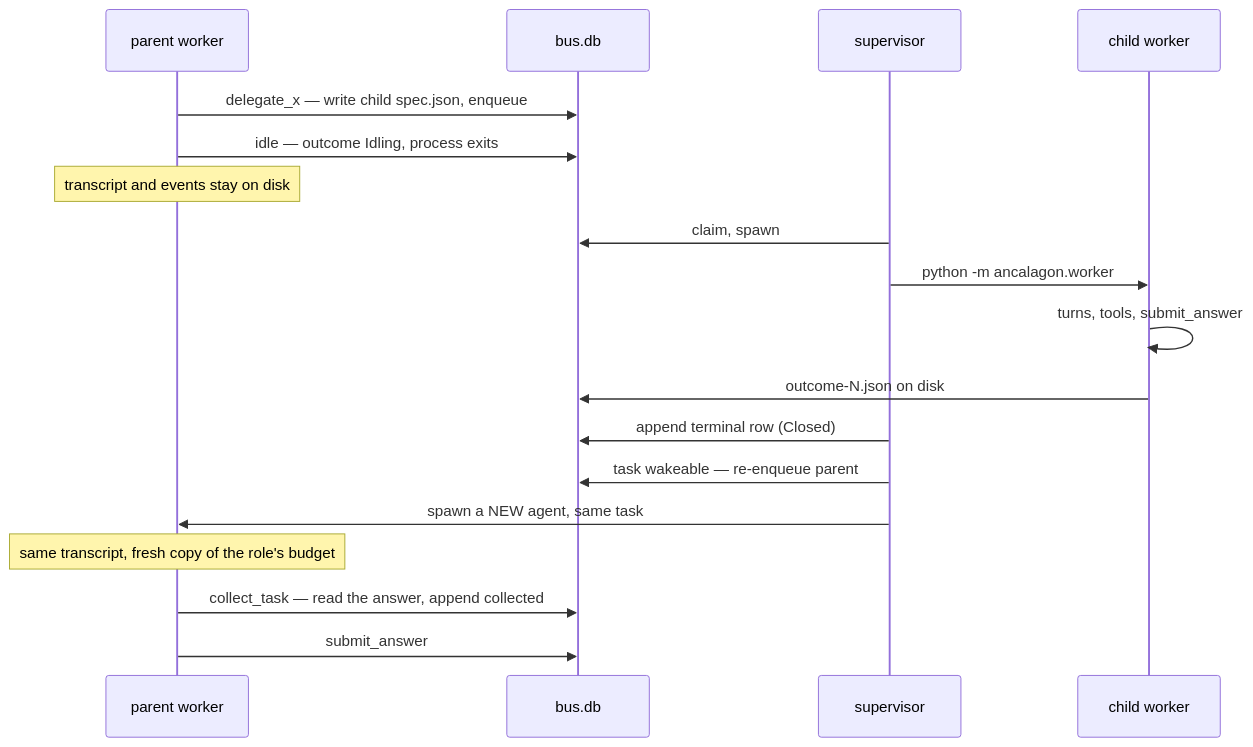
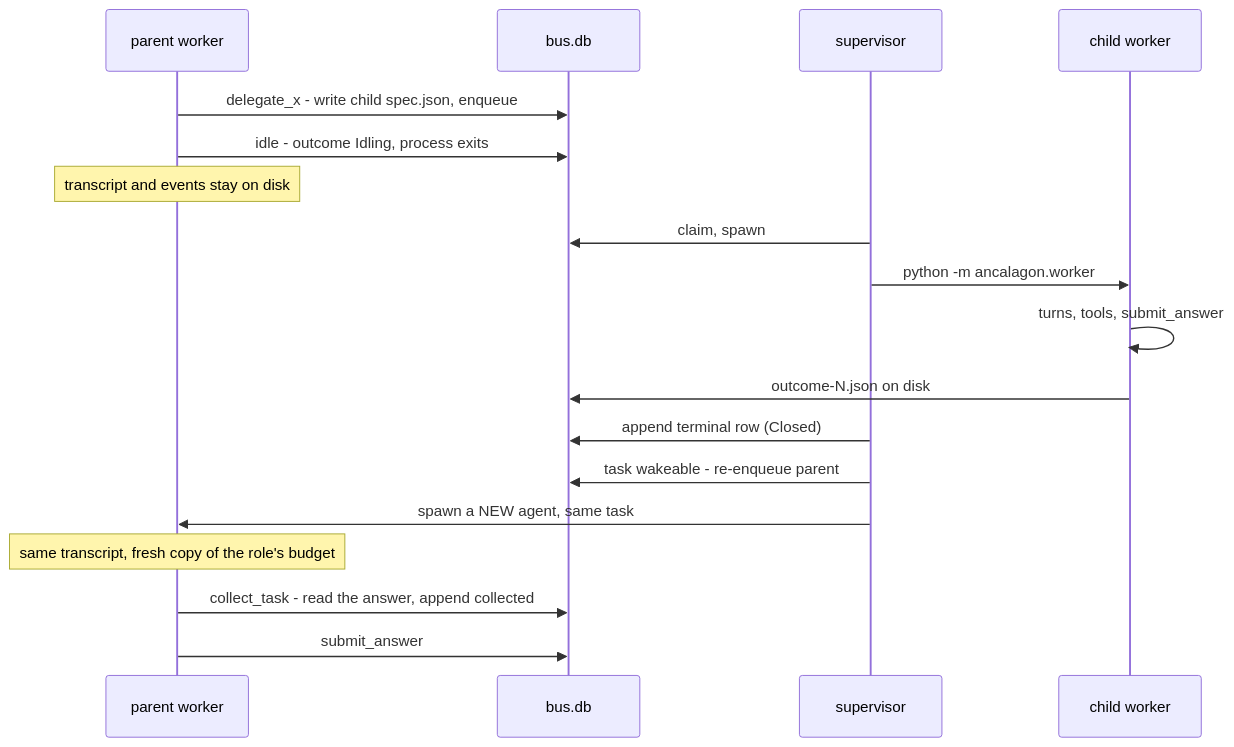
The fourth of 7 diagrams in README.md (avishek-sen-gupta/ancalagon), drawn with Mermaid before and after one commit. The commit also changed other lines of this file, not shown here.

````diff
--- a/README.md
+++ b/README.md
@@ -157,21 +157,21 @@
 ```mermaid
 sequenceDiagram
     participant P as parent worker
     participant B as bus.db
     participant S as supervisor
     participant C as child worker
 
-    P->>B: delegate_x — write child spec.json, enqueue
-    P->>B: idle — outcome Idling, process exits
+    P->>B: delegate_x - write child spec.json, enqueue
+    P->>B: idle - outcome Idling, process exits
     Note over P: transcript and events stay on disk
     S->>B: claim, spawn
     S->>C: python -m ancalagon.worker
     C->>C: turns, tools, submit_answer
     C->>B: outcome-N.json on disk
     S->>B: append terminal row (Closed)
-    S->>B: task wakeable — re-enqueue parent
+    S->>B: task wakeable - re-enqueue parent
     S->>P: spawn a NEW agent, same task
     Note over P: same transcript, fresh copy of the role's budget
-    P->>B: collect_task — read the answer, append collected
+    P->>B: collect_task - read the answer, append collected
     P->>B: submit_answer
 ```
````
